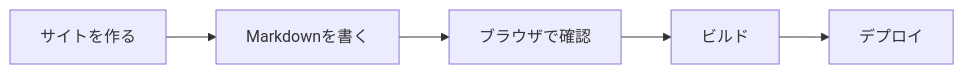
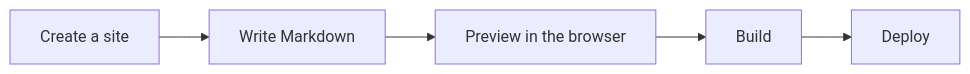
One commit to Rerurate514/riebeckite changed the first of 4 diagrams in docs/README.md. Above: the diagram before and after it, drawn with Mermaid. The commit also changed other lines of this file and 604 other files, not shown here.

````diff
--- a/docs/README.md
+++ b/docs/README.md
@@ -17,13 +16,13 @@
-```mermaid id="uh61o4"
+```mermaid
 flowchart LR
-    Create["サイトを作る"]
-    Content["Markdownを書く"]
-    Dev["ブラウザで確認"]
-    Build["ビルド"]
-    Deploy["デプロイ"]
+    Create["Create a site"]
+    Content["Write Markdown"]
+    Dev["Preview in the browser"]
+    Build["Build"]
+    Deploy["Deploy"]
 
     Create --> Content
     Content --> Dev
     Dev --> Build
     Build --> Deploy
 ```
````
